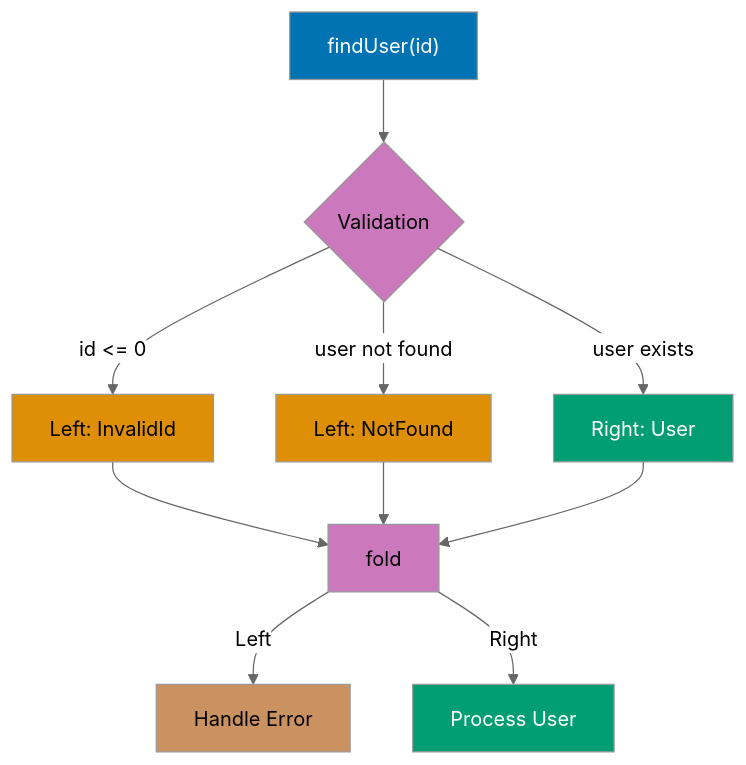
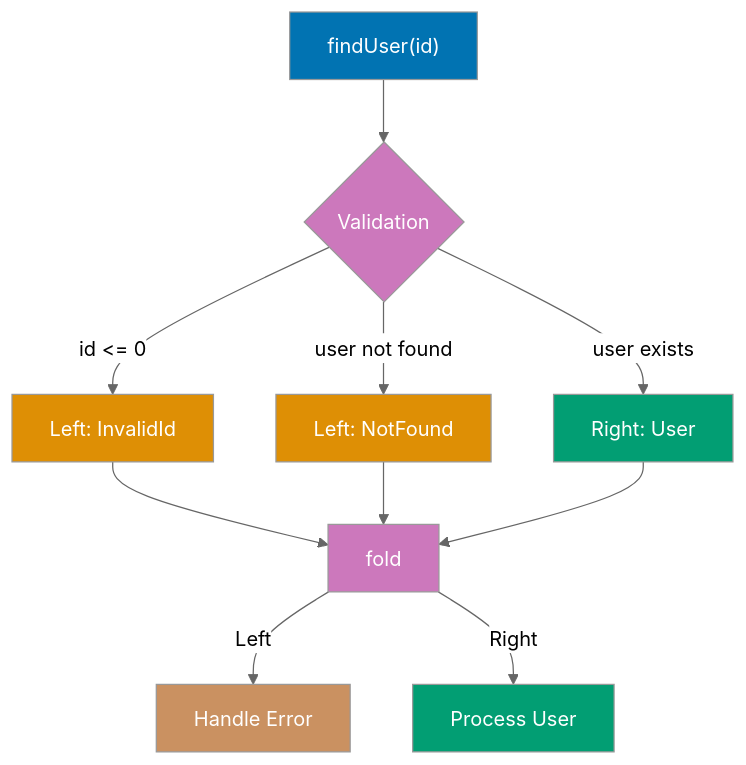
Before and after one commit to wahidyankf/open-sharia-enterprise: the ninth of 22 diagrams in apps/ayokoding-web/content/en/learn/software-engineering/programming-languages/kotlin/by-example/advanced.md, drawn with Mermaid (neutral theme). The commit also changed other lines of this file and 61 other files, not shown here.

First line of the commit message:
fix(ayokoding-web): quote Mermaid node labels with special characters in Example 63

````diff
--- a/apps/ayokoding-web/content/en/learn/software-engineering/programming-languages/kotlin/by-example/advanced.md
+++ b/apps/ayokoding-web/content/en/learn/software-engineering/programming-languages/kotlin/by-example/advanced.md
@@ -2273,24 +2273,24 @@
 ```mermaid
 %% Color Palette: Blue #0173B2, Orange #DE8F05, Teal #029E73, Purple #CC78BC, Brown #CA9161
 graph TD
     A[findUser#40;id#41;] --> B{Validation}
     B -->|id <= 0| C[Left: InvalidId]
     B -->|user not found| D[Left: NotFound]
     B -->|user exists| E[Right: User]
 
     C --> F[fold]
     D --> F
     E --> F
 
     F -->|Left| G[Handle Error]
     F -->|Right| H[Process User]
 
     style A fill:#0173B2,color:#fff
-    style B fill:#CC78BC,color:#000
-    style C fill:#DE8F05,color:#000
-    style D fill:#DE8F05,color:#000
+    style B fill:#CC78BC,color:#fff
+    style C fill:#DE8F05,color:#fff
+    style D fill:#DE8F05,color:#fff
     style E fill:#029E73,color:#fff
-    style F fill:#CC78BC,color:#000
-    style G fill:#CA9161,color:#000
+    style F fill:#CC78BC,color:#fff
+    style G fill:#CA9161,color:#fff
     style H fill:#029E73,color:#fff
 ```
````
